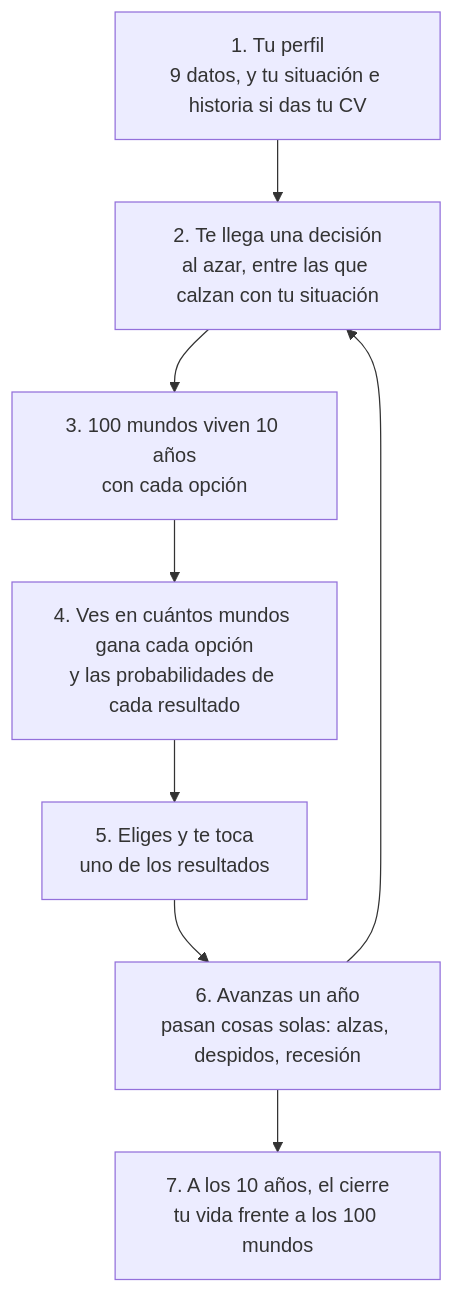
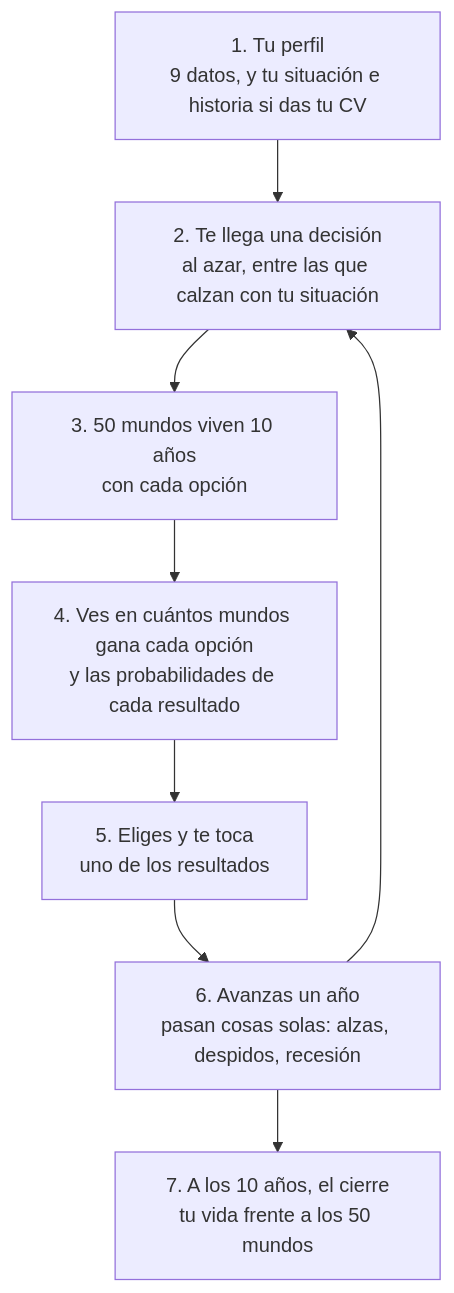
Before and after one commit to benitopalaciosm/biforkstrange: the diagram in docs/COMO-FUNCIONA.md, drawn with Mermaid. The commit also changed other lines of this file and 7 other files, not shown here.

````diff
--- a/docs/COMO-FUNCIONA.md
+++ b/docs/COMO-FUNCIONA.md
@@ -24,10 +24,10 @@
 ```mermaid
 flowchart TD
     A["1. Tu perfil<br/>9 datos, y tu situación e historia si das tu CV"] --> B["2. Te llega una decisión<br/>al azar, entre las que calzan con tu situación"]
-    B --> C["3. 100 mundos viven 10 años<br/>con cada opción"]
+    B --> C["3. 50 mundos viven 10 años<br/>con cada opción"]
     C --> D["4. Ves en cuántos mundos gana cada opción<br/>y las probabilidades de cada resultado"]
     D --> E["5. Eliges y te toca<br/>uno de los resultados"]
     E --> F["6. Avanzas un año<br/>pasan cosas solas: alzas, despidos, recesión"]
     F --> B
-    F --> G["7. A los 10 años, el cierre<br/>tu vida frente a los 100 mundos"]
+    F --> G["7. A los 10 años, el cierre<br/>tu vida frente a los 50 mundos"]
 ```
````
